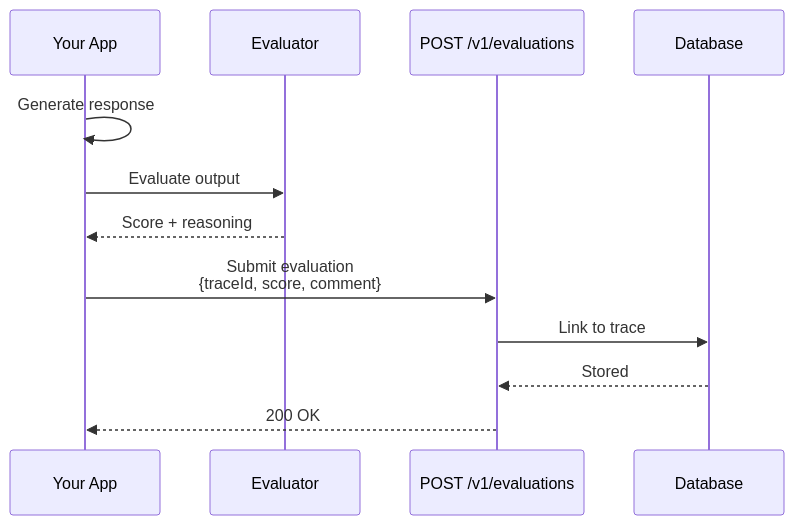
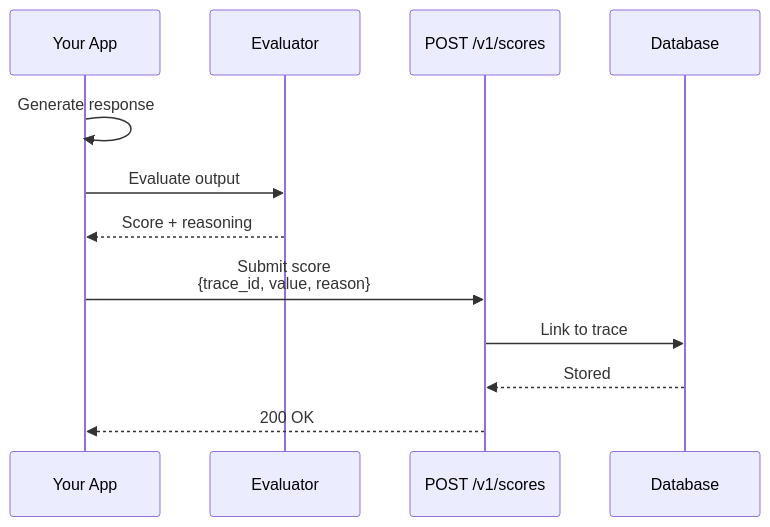
Before and after one commit to brokle-ai/brokle-site: the diagram in content/docs/api/endpoints/evaluations.mdx, drawn with Mermaid. The commit also changed other lines of this file and 20 other files, not shown here.

````diff
--- a/content/docs/api/endpoints/evaluations.mdx
+++ b/content/docs/api/endpoints/evaluations.mdx
@@ -23,15 +24,15 @@
 ```mermaid
 sequenceDiagram
     participant App as Your App
     participant Eval as Evaluator
-    participant API as POST /v1/evaluations
+    participant API as POST /v1/scores
     participant DB as Database
 
     App->>App: Generate response
     App->>Eval: Evaluate output
     Eval-->>App: Score + reasoning
-    App->>API: Submit evaluation<br/>{traceId, score, comment}
+    App->>API: Submit score<br/>{trace_id, value, reason}
     API->>DB: Link to trace
     DB-->>API: Stored
     API-->>App: 200 OK
 ```
````
